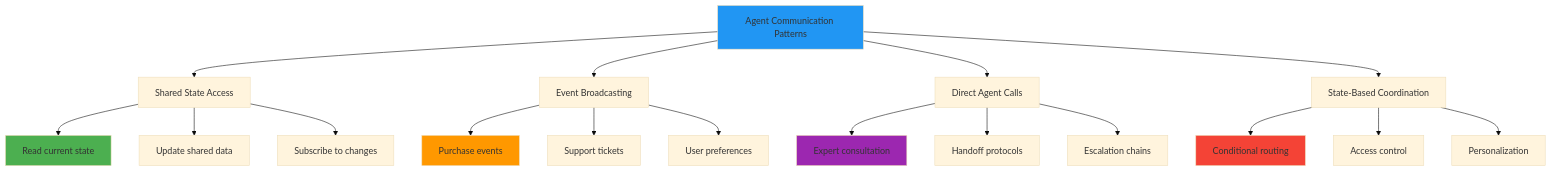
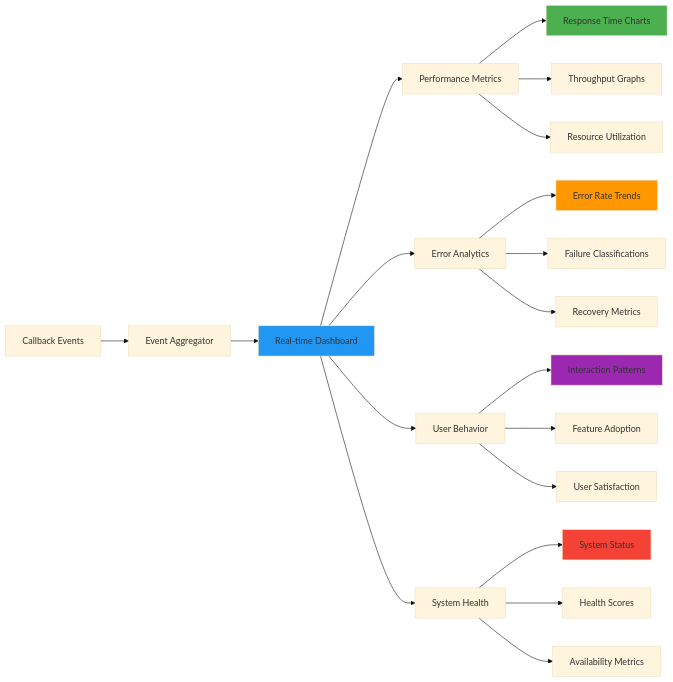
The ninth of 28 diagrams in 9-callbacks/README.md (Yash-Kavaiya/agent-development-kit-crash-course), drawn with Mermaid (base theme) before and after one commit. The commit also changed other lines of this file, not shown here.

````diff
--- a/9-callbacks/README.md
+++ b/9-callbacks/README.md
@@ -381,29 +292,32 @@
 ```mermaid
-graph TD
-    A[Agent Communication Patterns] --> B[Shared State Access]
-    A --> C[Event Broadcasting]
-    A --> D[Direct Agent Calls]
-    A --> E[State-Based Coordination]
+graph LR
+    A[Callback Events] --> B[Event Aggregator]
+    B --> C[Real-time Dashboard]
     
-    B --> B1[Read current state]
-    B --> B2[Update shared data]
-    B --> B3[Subscribe to changes]
+    C --> D[Performance Metrics]
+    C --> E[Error Analytics]
+    C --> F[User Behavior]
+    C --> G[System Health]
     
-    C --> C1[Purchase events]
-    C --> C2[Support tickets]
-    C --> C3[User preferences]
+    D --> D1[Response Time Charts]
+    D --> D2[Throughput Graphs]
+    D --> D3[Resource Utilization]
     
-    D --> D1[Expert consultation]
-    D --> D2[Handoff protocols]
-    D --> D3[Escalation chains]
+    E --> E1[Error Rate Trends]
+    E --> E2[Failure Classifications]
+    E --> E3[Recovery Metrics]
     
-    E --> E1[Conditional routing]
-    E --> E2[Access control]
-    E --> E3[Personalization]
+    F --> F1[Interaction Patterns]
+    F --> F2[Feature Adoption]
+    F --> F3[User Satisfaction]
     
-    style A fill:#2196f3
-    style B1 fill:#4caf50
-    style C1 fill:#ff9800
-    style D1 fill:#9c27b0
-    style E1 fill:#f44336
+    G --> G1[System Status]
+    G --> G2[Health Scores]
+    G --> G3[Availability Metrics]
+    
+    style C fill:#2196f3
+    style D1 fill:#4caf50
+    style E1 fill:#ff9800
+    style F1 fill:#9c27b0
+    style G1 fill:#f44336
 ```
````
